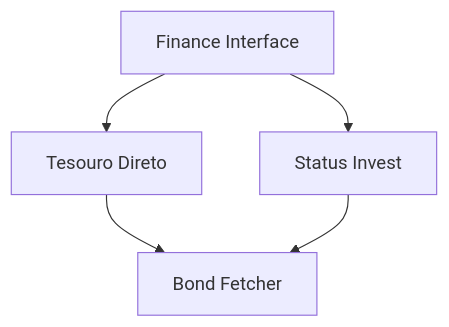
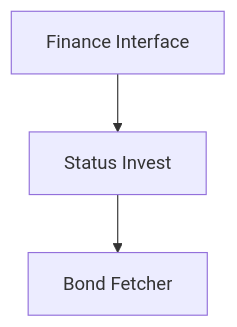
Before and after one commit to ggibellato/Financial: the diagram in docs/prd/P09-prd-br-bond-finance-service-integration/prd-br-bond-finance-service-integration.md, drawn with Mermaid. The commit also changed other lines of this file, not shown here.

First line of the commit message:
docs(P09): drop Tesouro Direto as a bond price source, Status Invest only (#157)

````diff
--- a/docs/prd/P09-prd-br-bond-finance-service-integration/prd-br-bond-finance-service-integration.md
+++ b/docs/prd/P09-prd-br-bond-finance-service-integration/prd-br-bond-finance-service-integration.md
@@ -210,7 +186,5 @@
 ```mermaid
 graph TD
-  F01[Finance Interface] --> F02[Tesouro Direto]
-  F01 --> F03[Status Invest]
-  F02 --> F04[Bond Fetcher]
-  F03 --> F04
+  F01[Finance Interface] --> F02[Status Invest]
+  F02 --> F03[Bond Fetcher]
 ```
````
